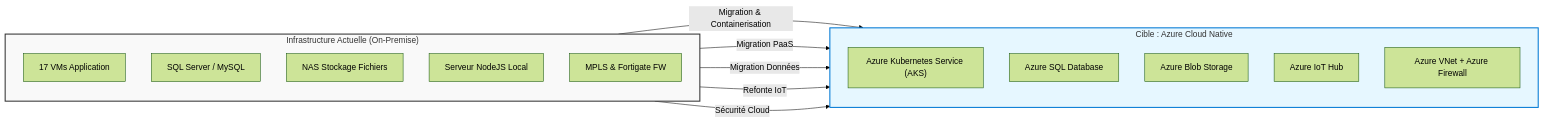
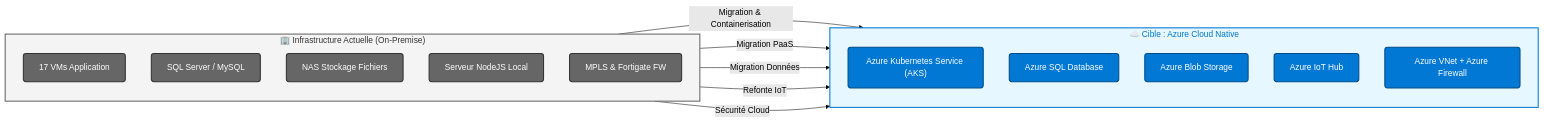
The diagram in 01-Migration-Cloud-Architecture/README.md (ilyessalmi/Data-Engineering-Projects), drawn with Mermaid (forest theme) before and after one commit.

Commit message:
Enhance migration diagram with styling and icons

````diff
--- a/01-Migration-Cloud-Architecture/README.md
+++ b/01-Migration-Cloud-Architecture/README.md
@@ -32,29 +32,38 @@
 ```mermaid
 graph LR
-    subgraph On_Premise ["Infrastructure Actuelle (On-Premise)"]
+    %% Styles Definitions
+    classDef azure fill:#0078D4,stroke:#004C87,stroke-width:2px,color:#fff,rx:5,ry:5;
+    classDef onprem fill:#666,stroke:#333,stroke-width:2px,color:#fff,rx:5,ry:5;
+    classDef migration fill:#fff,stroke:#999,stroke-width:1px,stroke-dasharray: 5 5,color:#333;
+
+    %% On-Premise Subgraph
+    subgraph On_Premise ["🏢 Infrastructure Actuelle (On-Premise)"]
         direction TB
-        ServerApp["17 VMs Application"]
-        DB_SQL["SQL Server / MySQL"]
-        NAS["NAS Stockage Fichiers"]
-        IoT_Local["Serveur NodeJS Local"]
-        Network_Local["MPLS & Fortigate FW"]
+        ServerApp["17 VMs Application"]:::onprem
+        DB_SQL["SQL Server / MySQL"]:::onprem
+        NAS["NAS Stockage Fichiers"]:::onprem
+        IoT_Local["Serveur NodeJS Local"]:::onprem
+        Network_Local["MPLS & Fortigate FW"]:::onprem
     end
 
-    subgraph Azure_Target ["Cible : Azure Cloud Native"]
+    %% Azure Subgraph
+    subgraph Azure_Target ["☁️ Cible : Azure Cloud Native"]
         direction TB
-        AKS["Azure Kubernetes Service (AKS)"]
-        AzSQL["Azure SQL Database"]
-        Blob["Azure Blob Storage"]
-        IoTHub["Azure IoT Hub"]
-        AzNet["Azure VNet + Azure Firewall"]
+        AKS["Azure Kubernetes Service (AKS)"]:::azure
+        AzSQL["Azure SQL Database"]:::azure
+        Blob["Azure Blob Storage"]:::azure
+        IoTHub["Azure IoT Hub"]:::azure
+        AzNet["Azure VNet + Azure Firewall"]:::azure
     end
 
+    %% Connections
     ServerApp -->|Migration & Containerisation| AKS
     DB_SQL -->|Migration PaaS| AzSQL
     NAS -->|Migration Données| Blob
     IoT_Local -->|Refonte IoT| IoTHub
     Network_Local -->|Sécurité Cloud| AzNet
 
-    style On_Premise fill:#f9f9f9,stroke:#333,stroke-width:2px
-    style Azure_Target fill:#e6f7ff,stroke:#0078d4,stroke-width:2px
+    %% Subgraph Styling
+    style On_Premise fill:#f4f4f4,stroke:#666,stroke-width:2px,color:#333
+    style Azure_Target fill:#e6f7ff,stroke:#0078D4,stroke-width:2px,color:#0078D4
 ```
````
